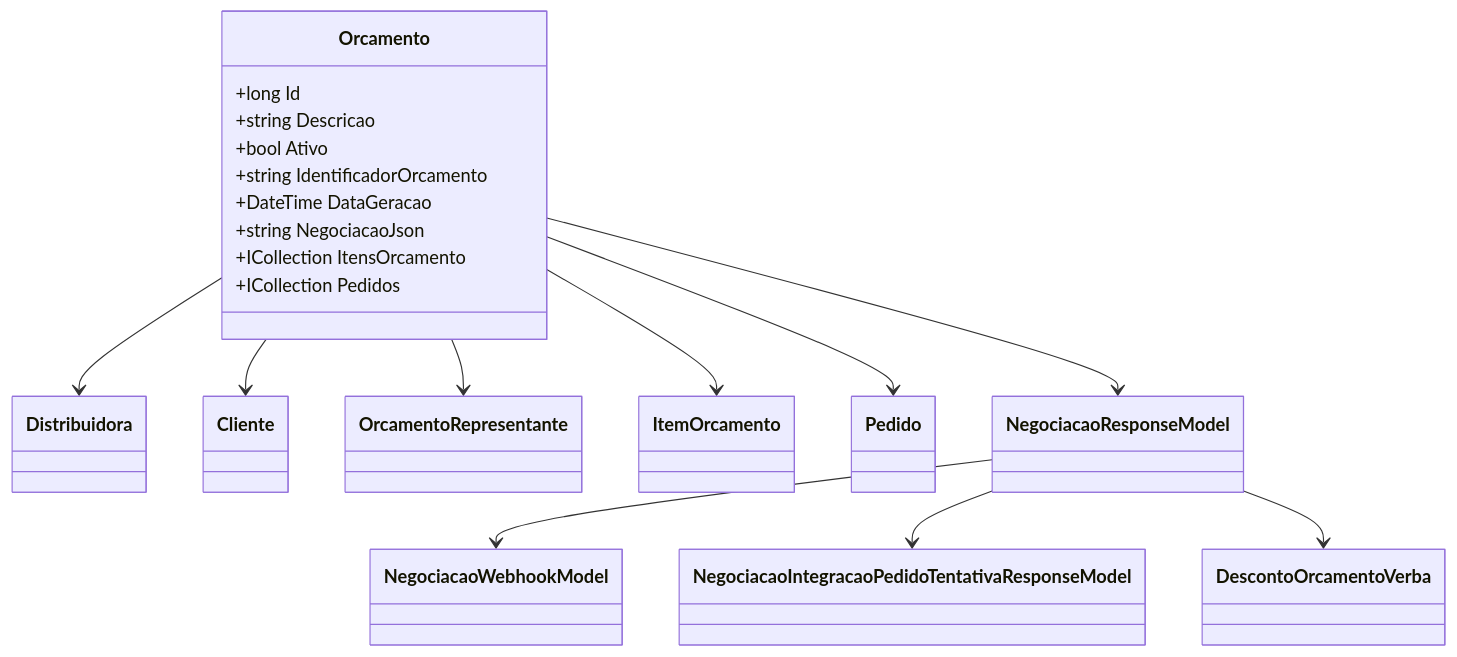
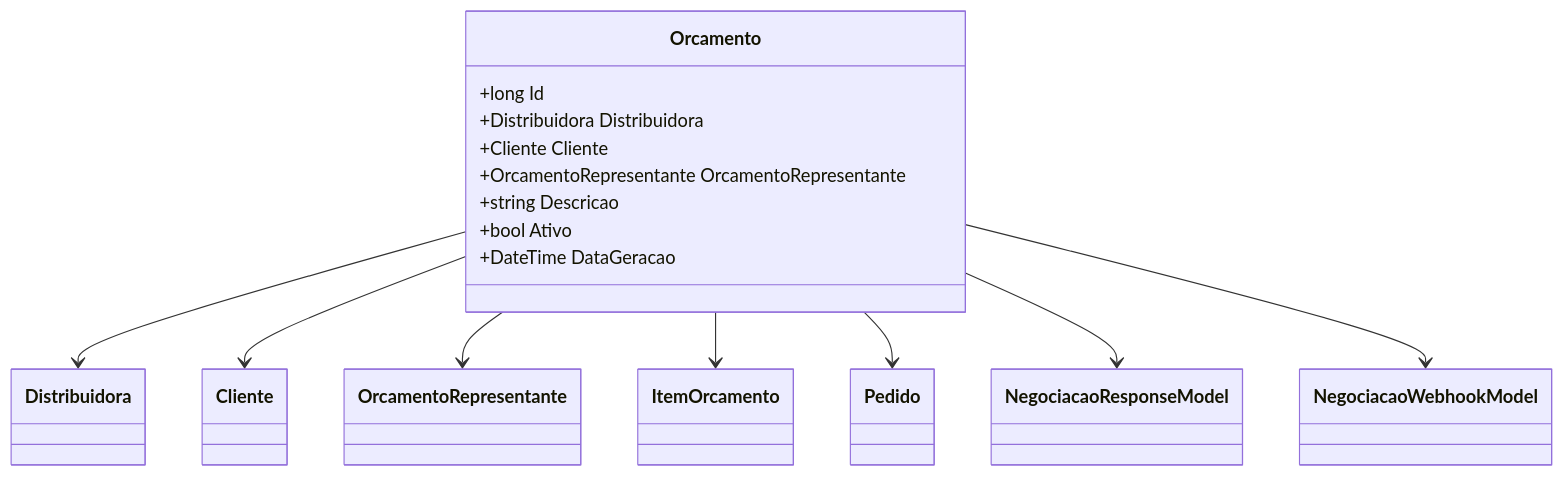
One commit to IsthmusSistemas/documentacao-tecnica changed the second of 2 diagrams in docs/b2b-dominio/IsthmusWinthor.Nucleo/IsthmusWinthor.Dominio/Entidades/Orcamento.md. Above: the diagram before and after it, drawn with Mermaid. The commit also changed other lines of this file and 882 other files, not shown here.

````diff
--- a/docs/b2b-dominio/IsthmusWinthor.Nucleo/IsthmusWinthor.Dominio/Entidades/Orcamento.md
+++ b/docs/b2b-dominio/IsthmusWinthor.Nucleo/IsthmusWinthor.Dominio/Entidades/Orcamento.md
@@ -72,32 +111,25 @@
 ```mermaid
 classDiagram
     class Orcamento {
         +long Id
+        +Distribuidora Distribuidora
+        +Cliente Cliente
+        +OrcamentoRepresentante OrcamentoRepresentante
         +string Descricao
         +bool Ativo
-        +string IdentificadorOrcamento
         +DateTime DataGeracao
-        +string NegociacaoJson
-        +ICollection<ItemOrcamento> ItensOrcamento
-        +ICollection<Pedido> Pedidos
     }
     class Distribuidora
     class Cliente
     class OrcamentoRepresentante
     class ItemOrcamento
     class Pedido
-    class NegociacaoResponseModel
-    class NegociacaoWebhookModel
-    class NegociacaoIntegracaoPedidoTentativaResponseModel
-    class DescontoOrcamentoVerba
 
     Orcamento --> Distribuidora
     Orcamento --> Cliente
     Orcamento --> OrcamentoRepresentante
     Orcamento --> ItemOrcamento
     Orcamento --> Pedido
     Orcamento --> NegociacaoResponseModel
-    NegociacaoResponseModel --> NegociacaoWebhookModel
-    NegociacaoResponseModel --> NegociacaoIntegracaoPedidoTentativaResponseModel
-    NegociacaoResponseModel --> DescontoOrcamentoVerba
+    Orcamento --> NegociacaoWebhookModel
 ```
````
